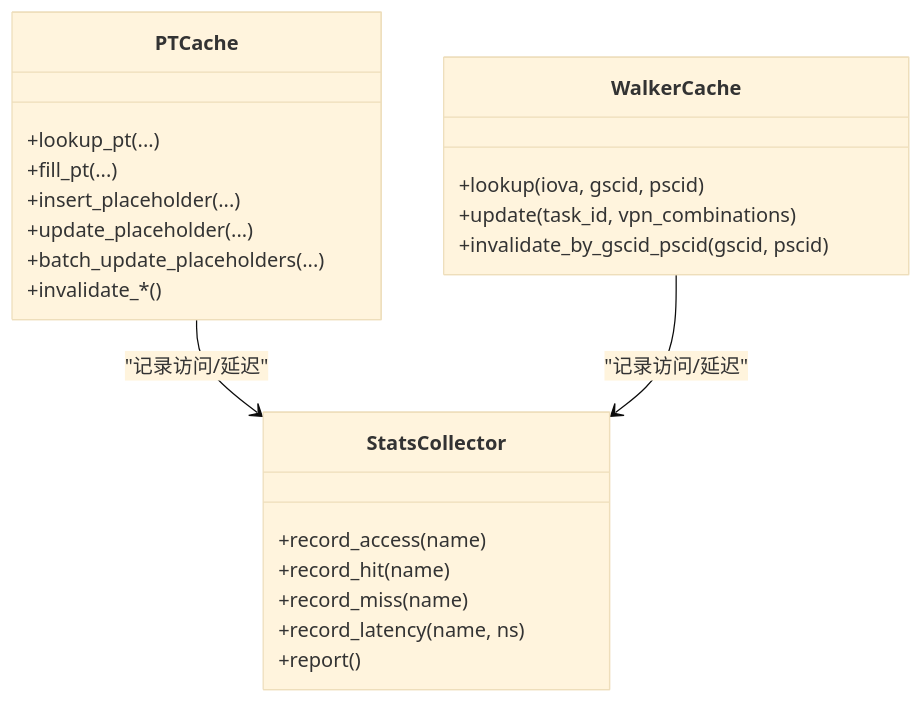
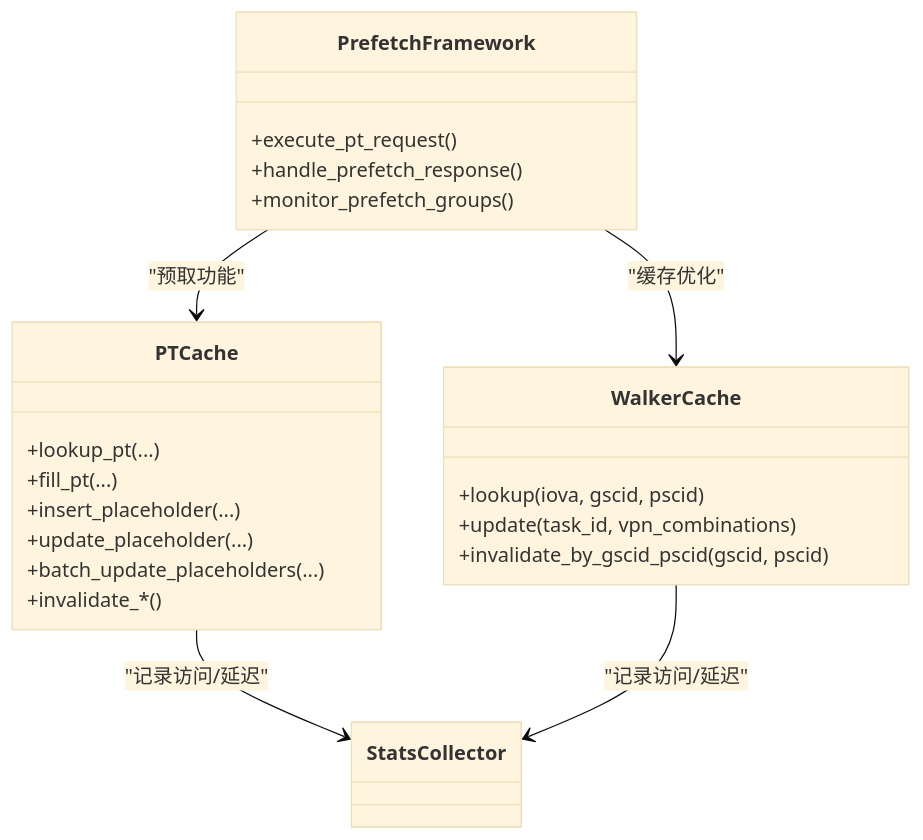
Before and after one commit to jiangjiang1122/iommu_model_20260401_v1: the ninth of 12 diagrams in .qoder/repowiki/zh/content/测试与验证/性能测试.md, drawn with Mermaid (base theme). The commit also changed other lines of this file and 21 other files, not shown here.

````diff
--- a/.qoder/repowiki/zh/content/测试与验证/性能测试.md
+++ b/.qoder/repowiki/zh/content/测试与验证/性能测试.md
@@ -326,25 +514,25 @@
 ```mermaid
 classDiagram
 class PTCache {
 +lookup_pt(...)
 +fill_pt(...)
 +insert_placeholder(...)
 +update_placeholder(...)
 +batch_update_placeholders(...)
 +invalidate_*()
 }
 class WalkerCache {
 +lookup(iova, gscid, pscid)
 +update(task_id, vpn_combinations)
 +invalidate_by_gscid_pscid(gscid, pscid)
 }
-class StatsCollector {
-+record_access(name)
-+record_hit(name)
-+record_miss(name)
-+record_latency(name, ns)
-+report()
+class PrefetchFramework {
++execute_pt_request()
++handle_prefetch_response()
++monitor_prefetch_groups()
 }
 PTCache --> StatsCollector : "记录访问/延迟"
 WalkerCache --> StatsCollector : "记录访问/延迟"
+PrefetchFramework --> PTCache : "预取功能"
+PrefetchFramework --> WalkerCache : "缓存优化"
 ```
````
